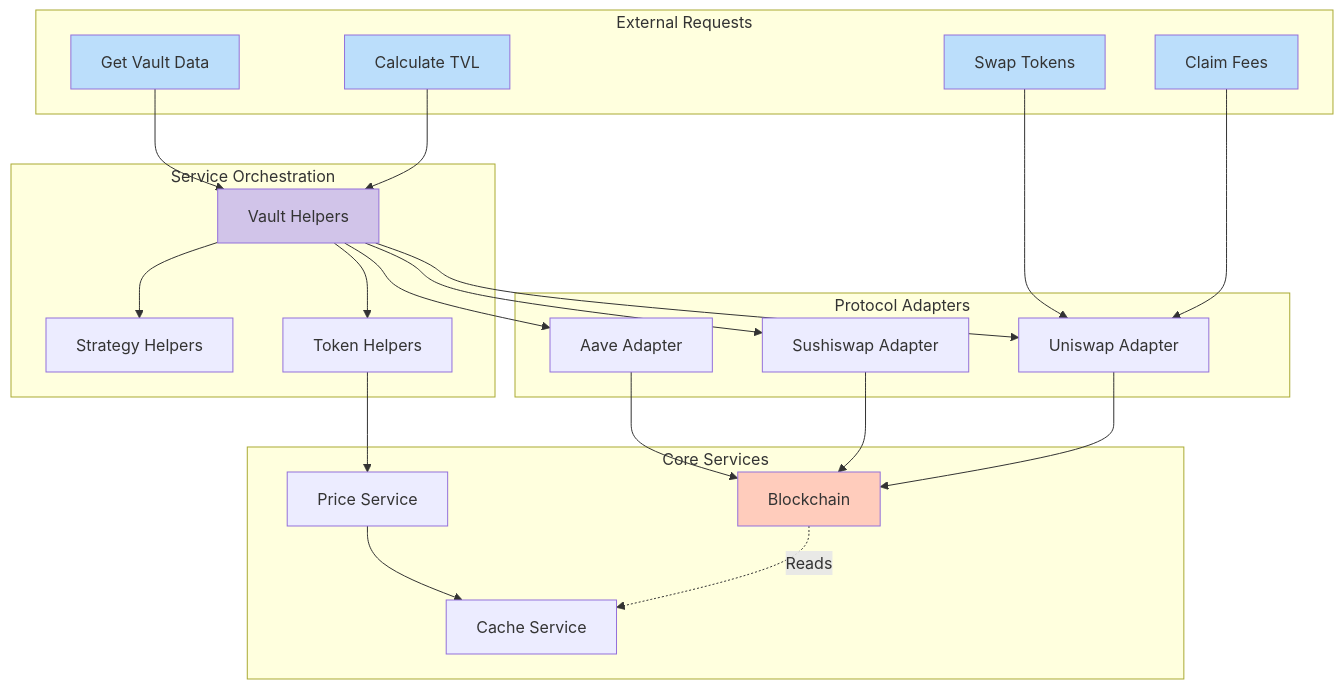
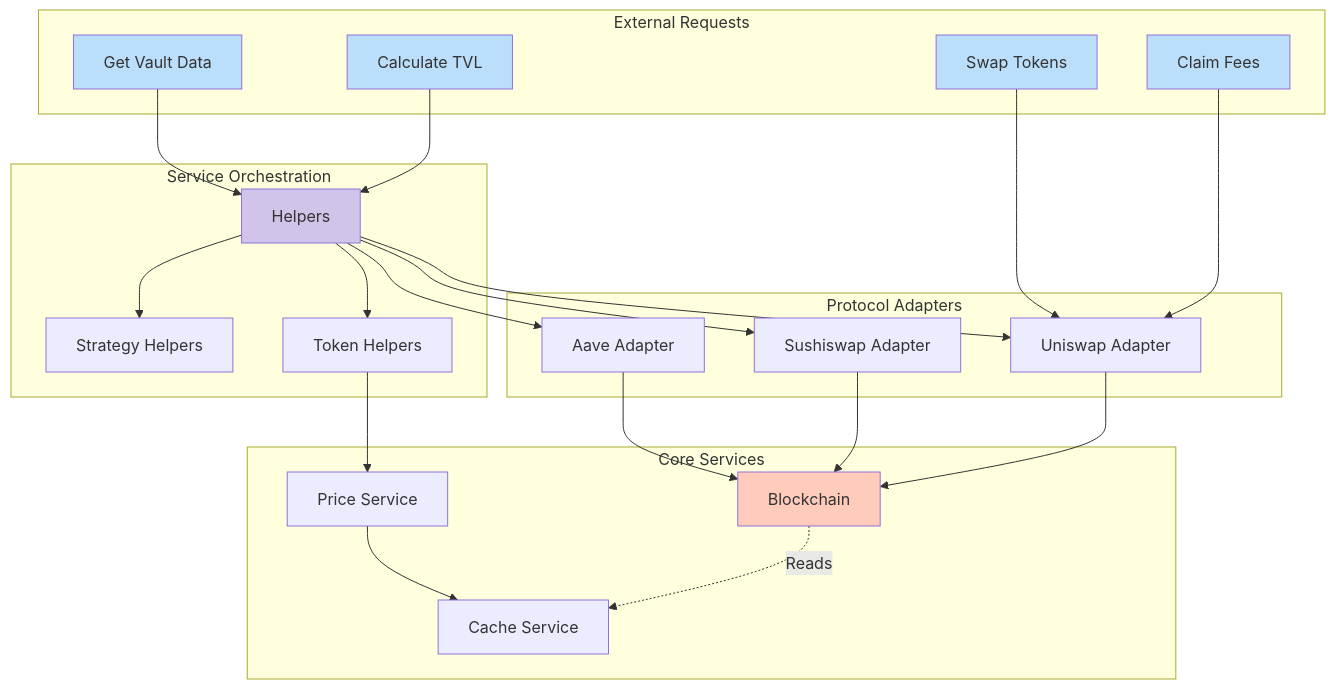
One commit to derrek-b/fum_project changed the fourth of 5 diagrams in docs/diagrams/mermaid/component-interaction.md. Above: the diagram before and after it, drawn with Mermaid. The commit also changed other lines of this file and 58 other files, not shown here.

````diff
--- a/docs/diagrams/mermaid/component-interaction.md
+++ b/docs/diagrams/mermaid/component-interaction.md
@@ -141,54 +143,54 @@
 ```mermaid
 graph TB
     subgraph "External Requests"
         R1[Get Vault Data]
         R2[Calculate TVL]
         R3[Swap Tokens]
         R4[Claim Fees]
     end
     
     subgraph "Service Orchestration"
-        VH[Vault Helpers]
+        HLP[Helpers]
         TH[Token Helpers]
         SH[Strategy Helpers]
     end
     
     subgraph "Protocol Adapters"
         UA[Uniswap Adapter]
         SA[Sushiswap Adapter]
         AA[Aave Adapter]
     end
     
     subgraph "Core Services"
         BC[Blockchain]
         PS[Price Service]
         CS[Cache Service]
     end
     
-    R1 --> VH
-    R2 --> VH
+    R1 --> HLP
+    R2 --> HLP
     R3 --> UA
     R4 --> UA
     
-    VH --> UA
-    VH --> SA
-    VH --> AA
-    VH --> TH
-    VH --> SH
+    HLP --> UA
+    HLP --> SA
+    HLP --> AA
+    HLP --> TH
+    HLP --> SH
     
     UA --> BC
     SA --> BC
     AA --> BC
     
     TH --> PS
     PS --> CS
     
     BC -.->|Reads| CS
     
     style R1 fill:#bbdefb
     style R2 fill:#bbdefb
     style R3 fill:#bbdefb
     style R4 fill:#bbdefb
-    style VH fill:#d1c4e9
+    style HLP fill:#d1c4e9
     style BC fill:#ffccbc
 ```
````
